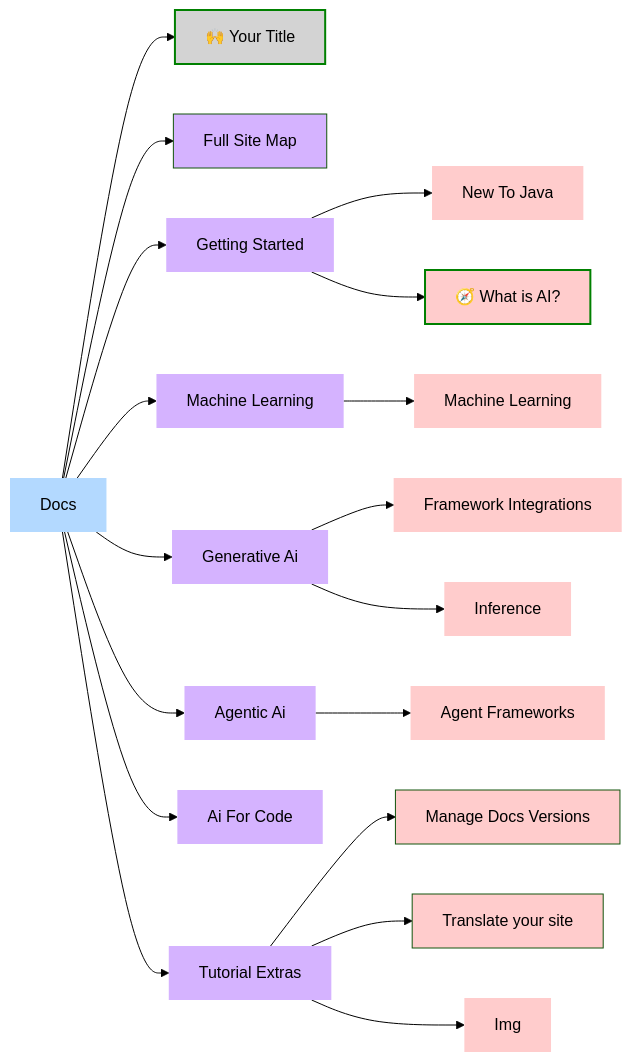
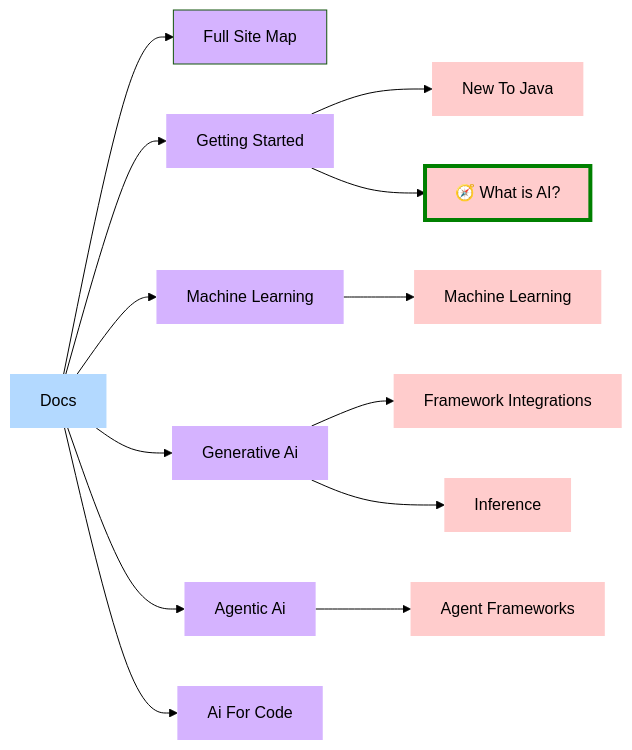
One commit to alexarguello/flatmap-docs-kit changed the diagram in docusaurus-resource/docs/index.md. Above: the diagram before and after it, drawn with Mermaid (forest theme). The commit also changed 50 other files, not shown here.

````diff
--- a/docusaurus-resource/docs/index.md
+++ b/docusaurus-resource/docs/index.md
@@ -11,82 +11,59 @@
 ```mermaid
 graph LR
 root["Docs"]
-_template_md["🙌 Your Title"]
-root --> _template_md
 full_sitemap_md["Full Site Map"]
 root --> full_sitemap_md
 n_00_getting_started["Getting Started"]
 root --> n_00_getting_started
 n_00_getting_started_05_new_to_java["New To Java"]
 n_00_getting_started --> n_00_getting_started_05_new_to_java
 n_00_getting_started_what_is_ai_md["🧭 What is AI?"]
 n_00_getting_started --> n_00_getting_started_what_is_ai_md
 n_10_machine_learning["Machine Learning"]
 root --> n_10_machine_learning
 n_10_machine_learning_machine_learning["Machine Learning"]
 n_10_machine_learning --> n_10_machine_learning_machine_learning
 n_20_generative_ai["Generative Ai"]
 root --> n_20_generative_ai
 n_20_generative_ai_50_framework_integrations["Framework Integrations"]
 n_20_generative_ai --> n_20_generative_ai_50_framework_integrations
 n_20_generative_ai_inference["Inference"]
 n_20_generative_ai --> n_20_generative_ai_inference
 n_30_agentic_ai["Agentic Ai"]
 root --> n_30_agentic_ai
 n_30_agentic_ai_20_agent_frameworks["Agent Frameworks"]
 n_30_agentic_ai --> n_30_agentic_ai_20_agent_frameworks
 n_40_ai_for_code["Ai For Code"]
 root --> n_40_ai_for_code
-tutorial_extras["Tutorial Extras"]
-root --> tutorial_extras
-tutorial_extras_manage_docs_versions_md["Manage Docs Versions"]
-tutorial_extras --> tutorial_extras_manage_docs_versions_md
-tutorial_extras_translate_your_site_md["Translate your site"]
-tutorial_extras --> tutorial_extras_translate_your_site_md
-tutorial_extras_img["Img"]
-tutorial_extras --> tutorial_extras_img
-click _template_md "/docs/.template"
 click full_sitemap_md "/docs/full-sitemap"
 click n_00_getting_started "/docs/getting-started"
 click n_00_getting_started_05_new_to_java "/docs/getting-started/new-to-java"
 click n_00_getting_started_what_is_ai_md "/docs/getting-started/what-is-ai"
 click n_10_machine_learning "/docs/machine-learning"
 click n_10_machine_learning_machine_learning "/docs/machine-learning/machine-learning"
 click n_20_generative_ai "/docs/generative-ai"
 click n_20_generative_ai_50_framework_integrations "/docs/generative-ai/framework-integrations"
 click n_20_generative_ai_inference "/docs/generative-ai/inference"
 click n_30_agentic_ai "/docs/agentic-ai"
 click n_30_agentic_ai_20_agent_frameworks "/docs/agentic-ai/agent-frameworks"
 click n_40_ai_for_code "/docs/ai-for-code"
-click tutorial_extras "/docs/tutorial-extras"
-click tutorial_extras_manage_docs_versions_md "/docs/tutorial-extras/manage-docs-versions"
-click tutorial_extras_translate_your_site_md "/docs/tutorial-extras/translate-your-site"
-click tutorial_extras_img "/docs/tutorial-extras/img"
 classDef col0 fill:#b3d9ff,stroke:none;
 classDef col1 fill:#d5b3ff,stroke:none;
 classDef col2 fill:#ffcccc,stroke:none;
 class n_00_getting_started_05_new_to_java col2;
 class n_00_getting_started col1;
 class n_10_machine_learning_machine_learning col2;
 class n_10_machine_learning col1;
 class n_20_generative_ai_50_framework_integrations col2;
 class n_20_generative_ai_inference col2;
 class n_20_generative_ai col1;
 class n_30_agentic_ai_20_agent_frameworks col2;
 class n_30_agentic_ai col1;
 class n_40_ai_for_code col1;
-class tutorial_extras_img col2;
-class tutorial_extras col1;
 class root col0;
-classDef custom0 fill:lightgrey,stroke:green,stroke-width:2px,stroke-dasharray:0;
-class _template_md custom0;
-classDef custom1 fill:#d5b3ff;
-class full_sitemap_md custom1;
-classDef custom2 fill:#ffcccc,stroke:green,stroke-width:2px,stroke-dasharray:0;
-class n_00_getting_started_what_is_ai_md custom2;
-classDef custom3 fill:#ffcccc;
-class tutorial_extras_manage_docs_versions_md custom3;
-classDef custom4 fill:#ffcccc;
-class tutorial_extras_translate_your_site_md custom4;
+classDef custom0 fill:#d5b3ff;
+class full_sitemap_md custom0;
+classDef custom1 fill:#ffcccc,stroke:green,stroke-width:4px,stroke-dasharray:0;
+class n_00_getting_started_what_is_ai_md custom1;
 linkStyle default interpolate basis
 ```
````
